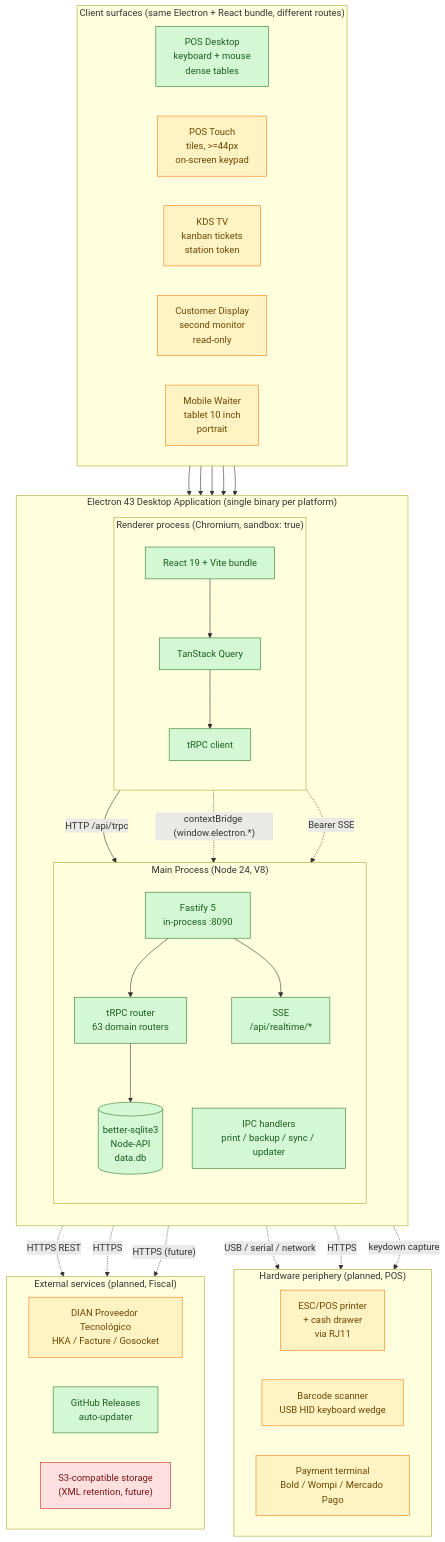
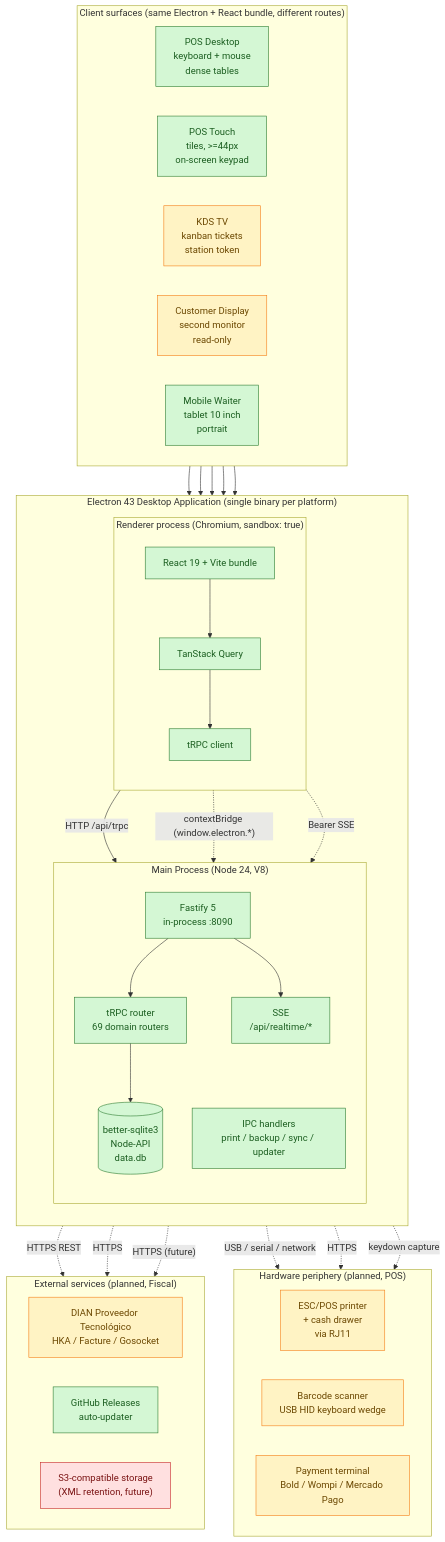
One commit to johnny4young/puntovivo changed the diagram in docs/architecture.mmd. Above: the diagram before and after it, drawn with Mermaid. The commit also changed 182 other files, not shown here.

```diff
--- a/docs/architecture.mmd
+++ b/docs/architecture.mmd
@@ -1,80 +1,81 @@
 %% Puntovivo architecture — high-level process and client surface topology
 %% Render: pnpm dlx @mermaid-js/mermaid-cli -i docs/architecture.mmd -o docs/architecture.svg -b transparent
 %% The -b transparent flag is required: mermaid-cli defaults to a white page
 %% background, which regresses the diagram on dark-mode surfaces. The SVG
 %% root style must keep background-color: transparent after every re-render.
 %% Source of truth for the system diagram embedded in docs/ARCHITECTURE.md and README.md.
 
 flowchart TB
   subgraph Electron["Electron 43 Desktop Application (single binary per platform)"]
     direction TB
 
     subgraph Main["Main Process (Node 24, V8)"]
       direction TB
       F["Fastify 5<br/>in-process :8090"]
-      T["tRPC router<br/>63 domain routers"]
+      T["tRPC router<br/>69 domain routers"]
       DB[("better-sqlite3<br/>Node-API<br/>data.db")]
       IPC["IPC handlers<br/>print / backup / sync / updater"]
       SSE["SSE<br/>/api/realtime/*"]
       F --> T
       F --> SSE
       T --> DB
     end
 
     subgraph Renderer["Renderer process (Chromium, sandbox: true)"]
       direction TB
       R["React 19 + Vite bundle"]
       Q["TanStack Query"]
       C["tRPC client"]
       R --> Q --> C
     end
 
     C -- "HTTP /api/trpc" --> F
     R -. "contextBridge (window.electron.*)" .-> IPC
     R -. "Bearer SSE" .-> SSE
   end
 
   subgraph Surfaces["Client surfaces (same Electron + React bundle, different routes)"]
     direction LR
     POSD["POS Desktop<br/>keyboard + mouse<br/>dense tables"]
     POST["POS Touch<br/>tiles, >=44px<br/>on-screen keypad"]
     KDS["KDS TV<br/>kanban tickets<br/>station token"]
     CUST["Customer Display<br/>second monitor<br/>read-only"]
     MOB["Mobile Waiter<br/>tablet 10 inch<br/>portrait"]
   end
 
   POSD --> Renderer
   POST --> Renderer
   KDS --> Renderer
   CUST --> Renderer
   MOB --> Renderer
 
   subgraph Peripherals["Hardware periphery (planned, POS)"]
     direction LR
     ESCP["ESC/POS printer<br/>+ cash drawer<br/>via RJ11"]
     SCAN["Barcode scanner<br/>USB HID keyboard wedge"]
     DAT["Payment terminal<br/>Bold / Wompi / Mercado Pago"]
   end
 
   IPC -. "USB / serial / network" .-> ESCP
   Renderer -. "keydown capture" .-> SCAN
   T -. "HTTPS" .-> DAT
 
   subgraph External["External services (planned, Fiscal)"]
     direction LR
     PT["DIAN Proveedor Tecnológico<br/>HKA / Facture / Gosocket"]
     UPD["GitHub Releases<br/>auto-updater"]
     S3["S3-compatible storage<br/>(XML retention, future)"]
   end
 
   T -. "HTTPS REST" .-> PT
   IPC -. "HTTPS" .-> UPD
   IPC -. "HTTPS (future)" .-> S3
 
   classDef shipped fill:#d4f7d4,stroke:#2e7d32,color:#1b5e20
   classDef planned fill:#fff3c4,stroke:#f57f17,color:#6b4700
   classDef future fill:#ffe0e0,stroke:#c62828,color:#7a1313
 
   class F,T,DB,IPC,SSE,R,Q,C,POSD,UPD shipped
-  class POST,KDS,CUST,MOB,ESCP,SCAN,DAT,PT planned
+  class POST,MOB shipped
+  class KDS,CUST,ESCP,SCAN,DAT,PT planned
   class S3 future
```
